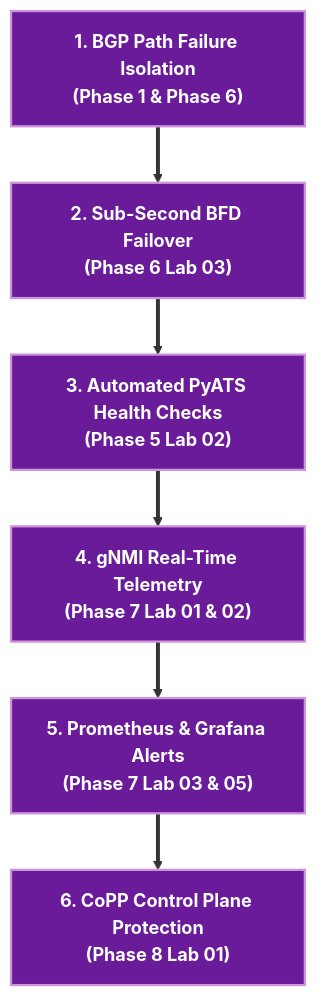
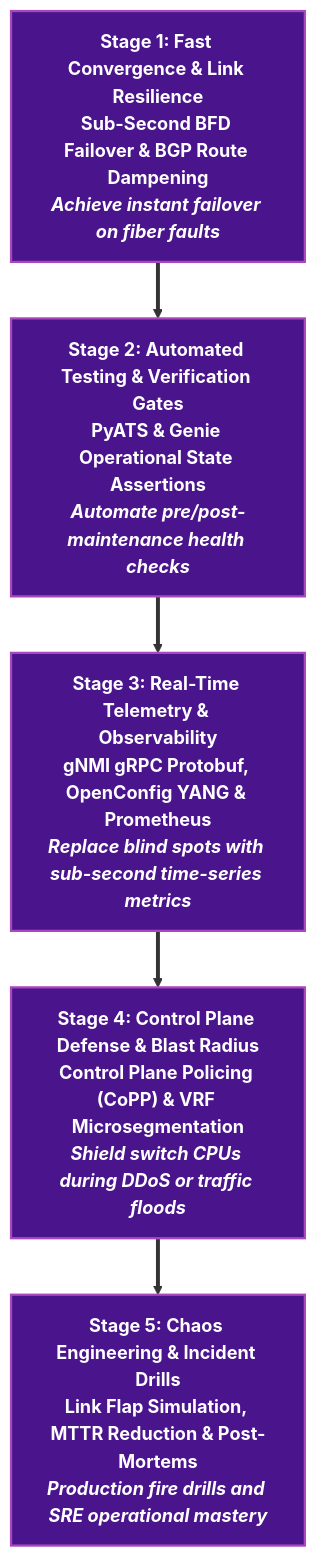
One commit to etherhtun/netforge-labs changed the diagram in docs/tracks/network-sre.md. Above: the diagram before and after it, drawn with Mermaid. The commit also changed other lines of this file and 60 other files, not shown here.

````diff
--- a/docs/tracks/network-sre.md
+++ b/docs/tracks/network-sre.md
@@ -27,11 +33,13 @@
 ```mermaid
 graph TD
-    S1["1. BGP Path Failure Isolation<br/>(Phase 1 & Phase 6)"] ==> S2["2. Sub-Second BFD Failover<br/>(Phase 6 Lab 03)"]
-    S2 ==> S3["3. Automated PyATS Health Checks<br/>(Phase 5 Lab 02)"]
-    S3 ==> S4["4. gNMI Real-Time Telemetry<br/>(Phase 7 Lab 01 & 02)"]
-    S4 ==> S5["5. Prometheus & Grafana Alerts<br/>(Phase 7 Lab 03 & 05)"]
-    S5 ==> S6["6. CoPP Control Plane Protection<br/>(Phase 8 Lab 01)"]
+    S1["<b>Stage 1: Fast Convergence & Link Resilience</b><br/>Sub-Second BFD Failover & BGP Route Dampening<br/><i>Achieve instant failover on fiber faults</i>"]
+    S2["<b>Stage 2: Automated Testing & Verification Gates</b><br/>PyATS & Genie Operational State Assertions<br/><i>Automate pre/post-maintenance health checks</i>"]
+    S3["<b>Stage 3: Real-Time Telemetry & Observability</b><br/>gNMI gRPC Protobuf, OpenConfig YANG & Prometheus<br/><i>Replace blind spots with sub-second time-series metrics</i>"]
+    S4["<b>Stage 4: Control Plane Defense & Blast Radius</b><br/>Control Plane Policing (CoPP) & VRF Microsegmentation<br/><i>Shield switch CPUs during DDoS or traffic floods</i>"]
+    S5["<b>Stage 5: Chaos Engineering & Incident Drills</b><br/>Link Flap Simulation, MTTR Reduction & Post-Mortems<br/><i>Production fire drills and SRE operational mastery</i>"]
 
-    classDef sre fill:#6a1b9a,stroke:#ce93d8,color:#ffffff,stroke-width:2px,font-weight:bold;
-    class S1,S2,S3,S4,S5,S6 sre;
+    S1 ==> S2 ==> S3 ==> S4 ==> S5
+
+    classDef sre fill:#4a148c,stroke:#ab47bc,color:#ffffff,stroke-width:2px,font-weight:bold;
+    class S1,S2,S3,S4,S5 sre;
 ```
````
